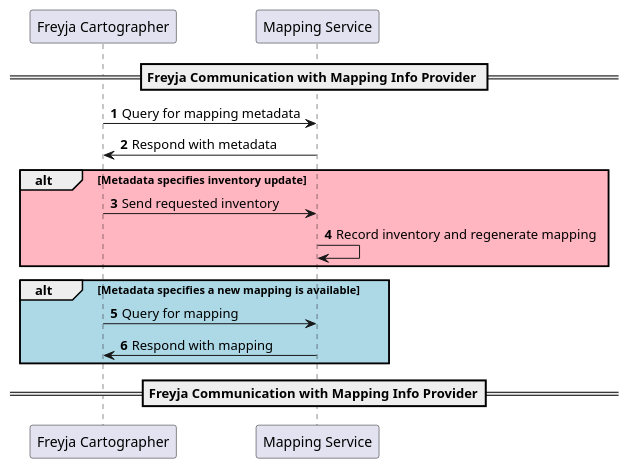
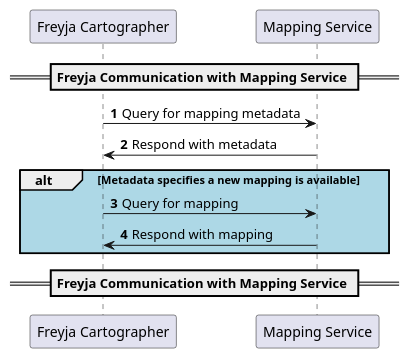
One commit to eclipse-ibeji/freyja changed the diagram in docs/diagrams/mapping_service_to_cartographer_sequence.puml. Above: the diagram before and after it, drawn with PlantUML. The commit also changed 15 other files, not shown here.

First line of the commit message:
Update diagrams and remove some unnecessary docs (#118)

```diff
--- a/docs/diagrams/mapping_service_to_cartographer_sequence.puml
+++ b/docs/diagrams/mapping_service_to_cartographer_sequence.puml
@@ -1,23 +1,17 @@
 @startuml
 participant "Freyja Cartographer"
 participant "Mapping Service"
 autonumber
 
-== Freyja Communication with Mapping Info Provider ==
-
+== Freyja Communication with Mapping Service ==
 
 "Freyja Cartographer"->"Mapping Service": Query for mapping metadata
 "Mapping Service"->"Freyja Cartographer": Respond with metadata
-
-alt #LightPink Metadata specifies inventory update
-    "Freyja Cartographer"->"Mapping Service": Send requested inventory
-    "Mapping Service"->"Mapping Service": Record inventory and regenerate mapping
-end
 
 alt #LightBlue Metadata specifies a new mapping is available
     "Freyja Cartographer"->"Mapping Service": Query for mapping
     "Mapping Service"->"Freyja Cartographer" : Respond with mapping
 end
 
-== Freyja Communication with Mapping Info Provider==
+== Freyja Communication with Mapping Service ==
 @enduml
```
